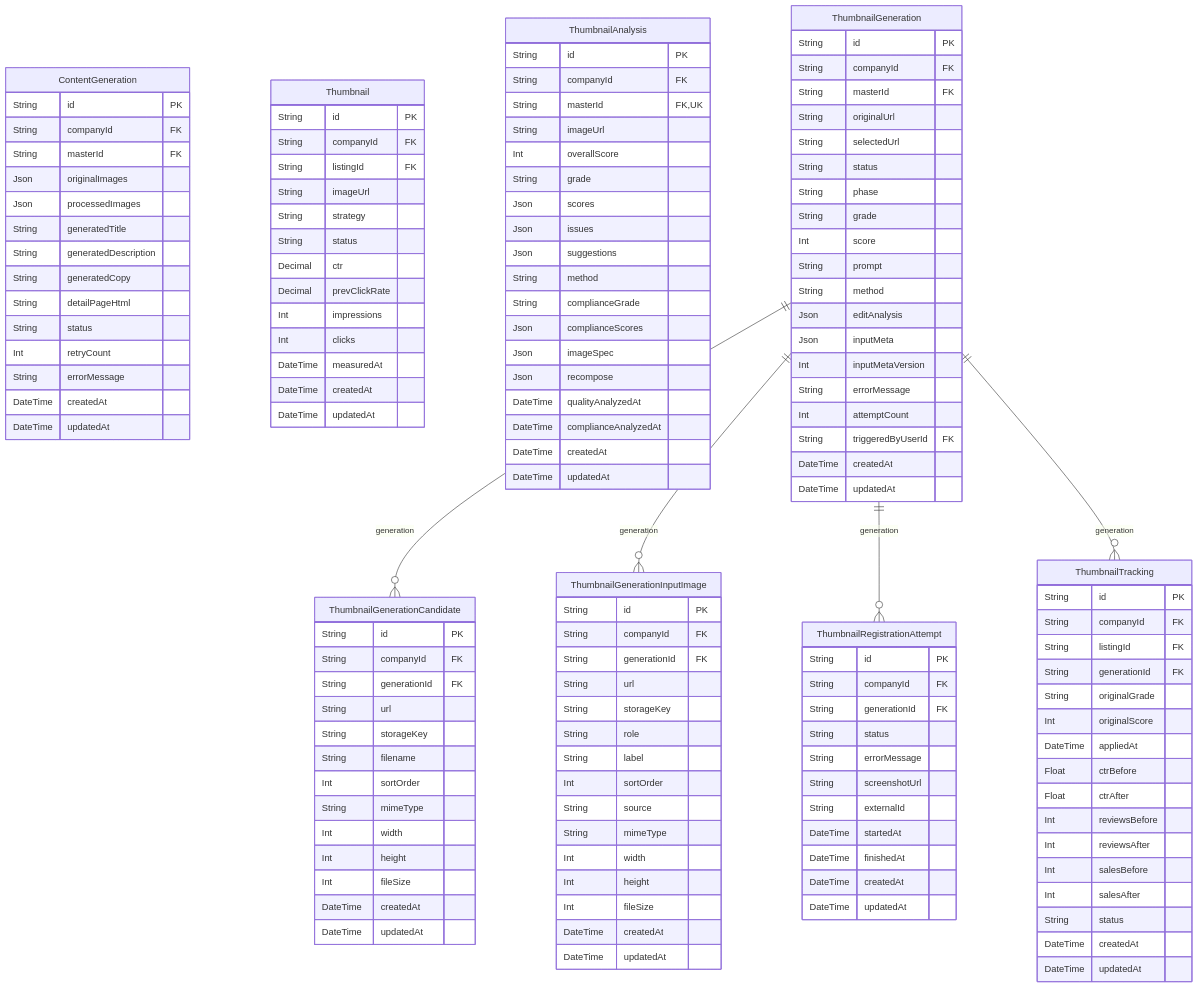
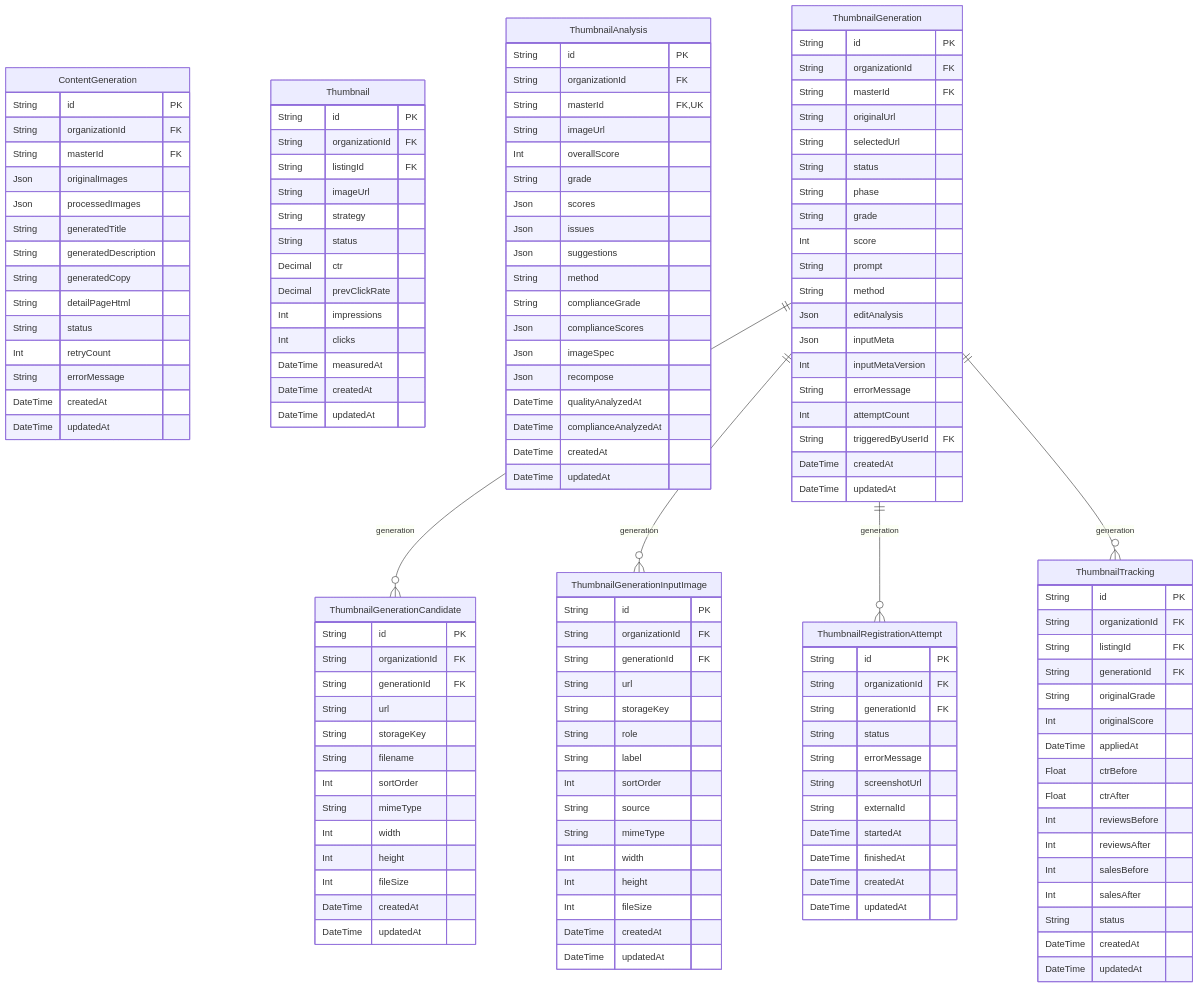
The diagram in docs/erd/ai.md (AgentFoundry-Labs/kiditem), drawn with Mermaid before and after one commit. The commit also changed other lines of this file and 531 other files, not shown here.

```diff
--- a/docs/erd/ai.md
+++ b/docs/erd/ai.md
@@ -24,7 +24,7 @@
 erDiagram
   ContentGeneration {
     String id PK
-    String companyId FK
+    String organizationId FK
     String masterId FK
     Json originalImages
     Json processedImages
@@ -40,7 +40,7 @@
   }
   Thumbnail {
     String id PK
-    String companyId FK
+    String organizationId FK
     String listingId FK
     String imageUrl
     String strategy
@@ -55,7 +55,7 @@
   }
   ThumbnailAnalysis {
     String id PK
-    String companyId FK
+    String organizationId FK
     String masterId FK,UK
     String imageUrl
     Int overallScore
@@ -75,7 +75,7 @@
   }
   ThumbnailGeneration {
     String id PK
-    String companyId FK
+    String organizationId FK
     String masterId FK
     String originalUrl
     String selectedUrl
@@ -96,7 +96,7 @@
   }
   ThumbnailGenerationCandidate {
     String id PK
-    String companyId FK
+    String organizationId FK
     String generationId FK
     String url
     String storageKey
@@ -111,7 +111,7 @@
   }
   ThumbnailGenerationInputImage {
     String id PK
-    String companyId FK
+    String organizationId FK
     String generationId FK
     String url
     String storageKey
@@ -128,7 +128,7 @@
   }
   ThumbnailRegistrationAttempt {
     String id PK
-    String companyId FK
+    String organizationId FK
     String generationId FK
     String status
     String errorMessage
@@ -141,7 +141,7 @@
   }
   ThumbnailTracking {
     String id PK
-    String companyId FK
+    String organizationId FK
     String listingId FK
     String generationId FK
     String originalGrade
```
